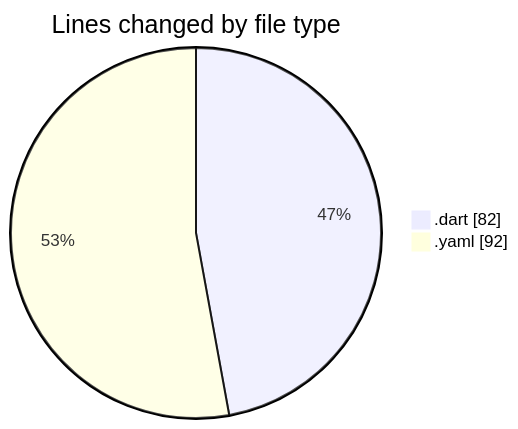
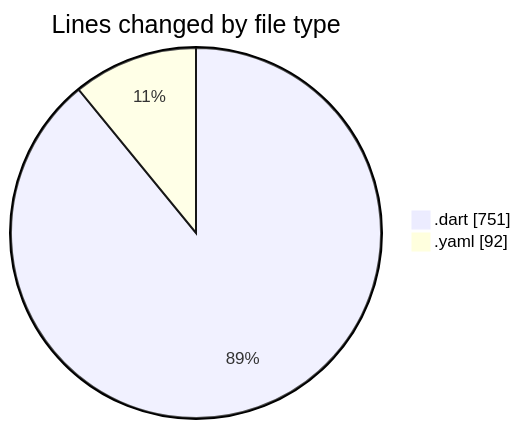
One commit to donsfak/code-tracking changed the first of 2 diagrams in 2025-03-27/wordle/README.md. Above: the diagram before and after it, drawn with Mermaid. The commit also changed other lines of this file and 1 other file, not shown here.

````diff
--- a/2025-03-27/wordle/README.md
+++ b/2025-03-27/wordle/README.md
@@ -23,6 +27,6 @@
 ```mermaid
 pie showData
 title Lines changed by file type
-".dart" : 82
+".dart" : 751
 ".yaml" : 92
 ```
````
